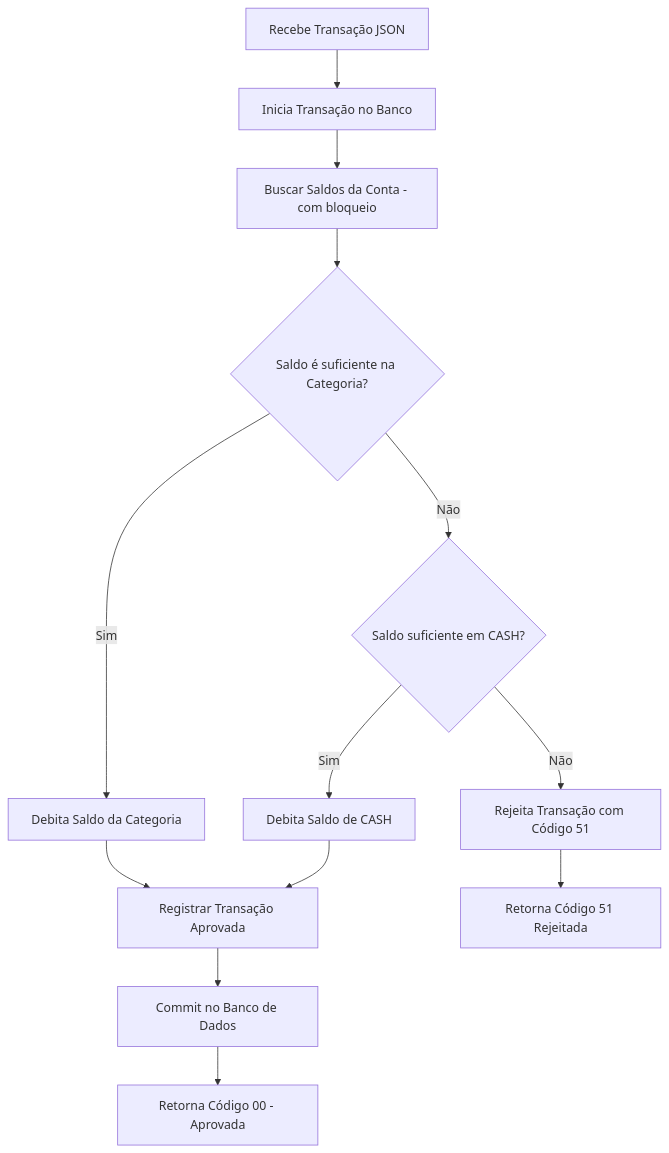
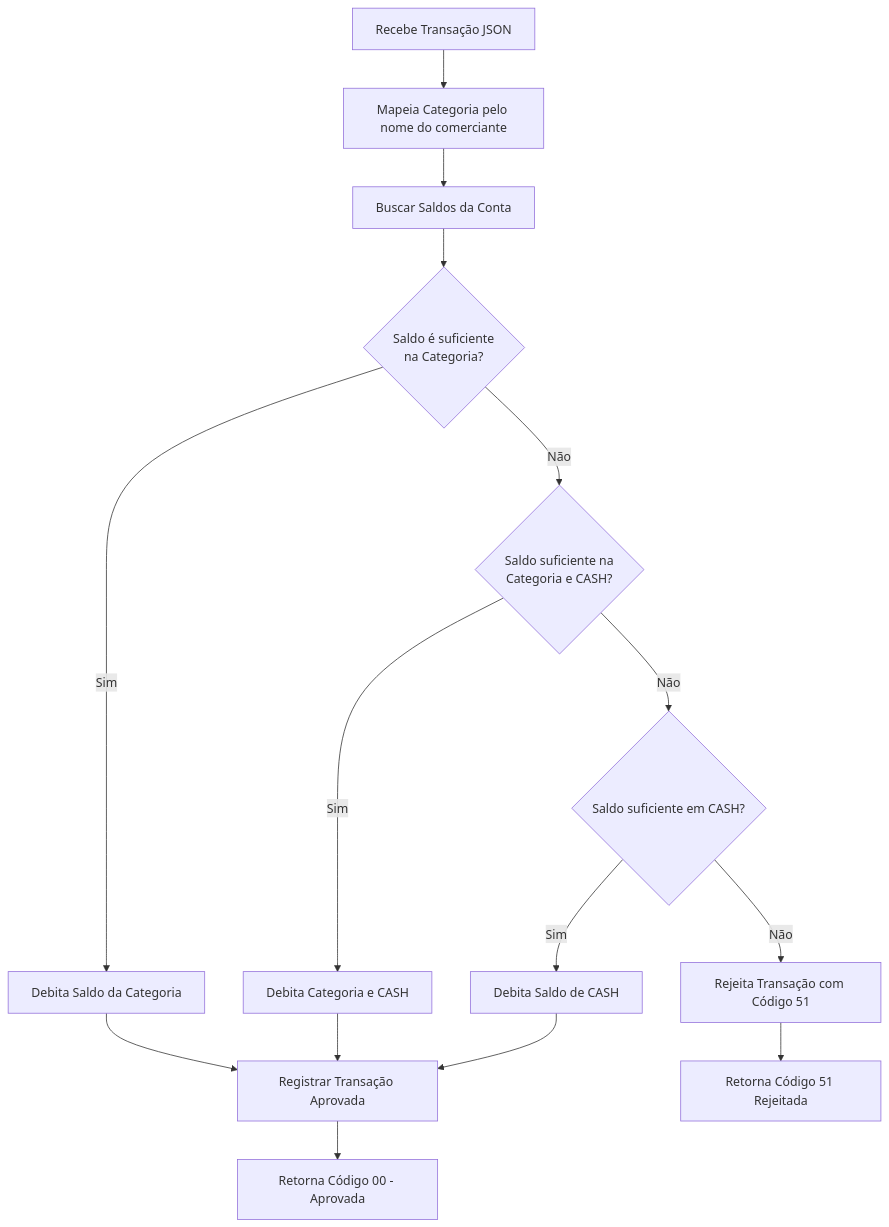
Before and after one commit to marciovmartins/jtonynet-go-payments-api: the first of 3 diagrams in README.md, drawn with Mermaid. The commit also changed other lines of this file and 1 other file, not shown here.

````diff
--- a/README.md
+++ b/README.md
@@ -375,20 +389,23 @@
 ```mermaid
 flowchart TD
-    A[Recebe Transação JSON] --> B[Inicia Transação no Banco]
-    B --> C[Buscar Saldos da Conta - com bloqueio]
-    C --> D{Saldo é suficiente na Categoria?}
+    A[Recebe Transação JSON] --> B[Mapeia Categoria pelo nome do comerciante]
+    B --> C[Buscar Saldos da Conta]
+    C --> D{Saldo é suficiente <br/> na Categoria?}
     
     D -- Sim --> E[Debita Saldo da Categoria]
-    D -- Não --> F{Saldo suficiente em CASH?}
+    D -- Não --> F{Saldo suficiente na <br/> Categoria e CASH?}
     
-    F -- Sim --> G[Debita Saldo de CASH]
-    F -- Não --> H[Rejeita Transação com Código 51]
+    F -- Sim --> G[Debita Categoria e CASH]
+    F -- Não --> H{Saldo suficiente em CASH?}
     
-    G --> I[Registrar Transação Aprovada]
-    E --> I[Registrar Transação Aprovada]
+    H -- Sim --> I[Debita Saldo de CASH]
+    H -- Não --> J[Rejeita Transação com Código 51]
     
-    I --> J[Commit no Banco de Dados]
-    J --> K[Retorna Código 00 - Aprovada]
+    E --> K[Registrar Transação Aprovada]
+    G --> K[Registrar Transação Aprovada]
+    I --> K[Registrar Transação Aprovada]
     
-    H --> L[Retorna Código 51 Rejeitada]
+    K --> M[Retorna Código 00 - Aprovada]
+    
+    J --> N[Retorna Código 51 Rejeitada]
 ```
````
